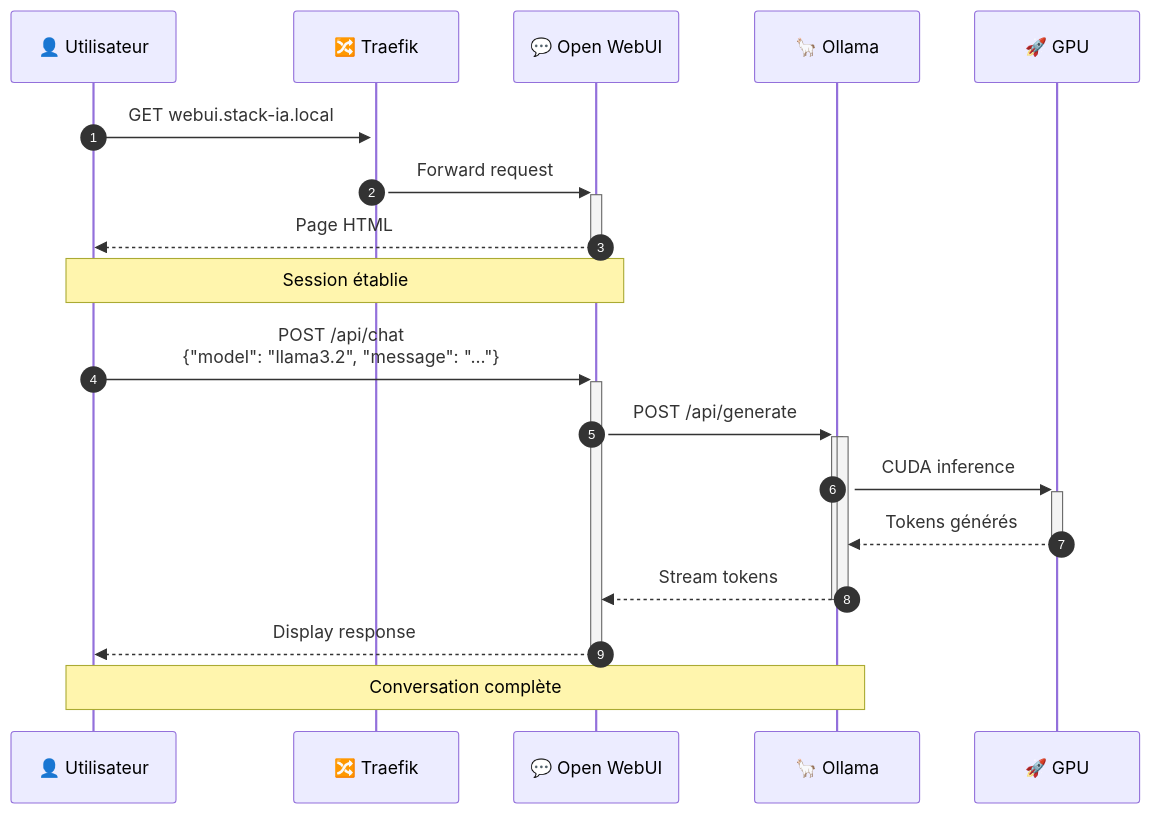
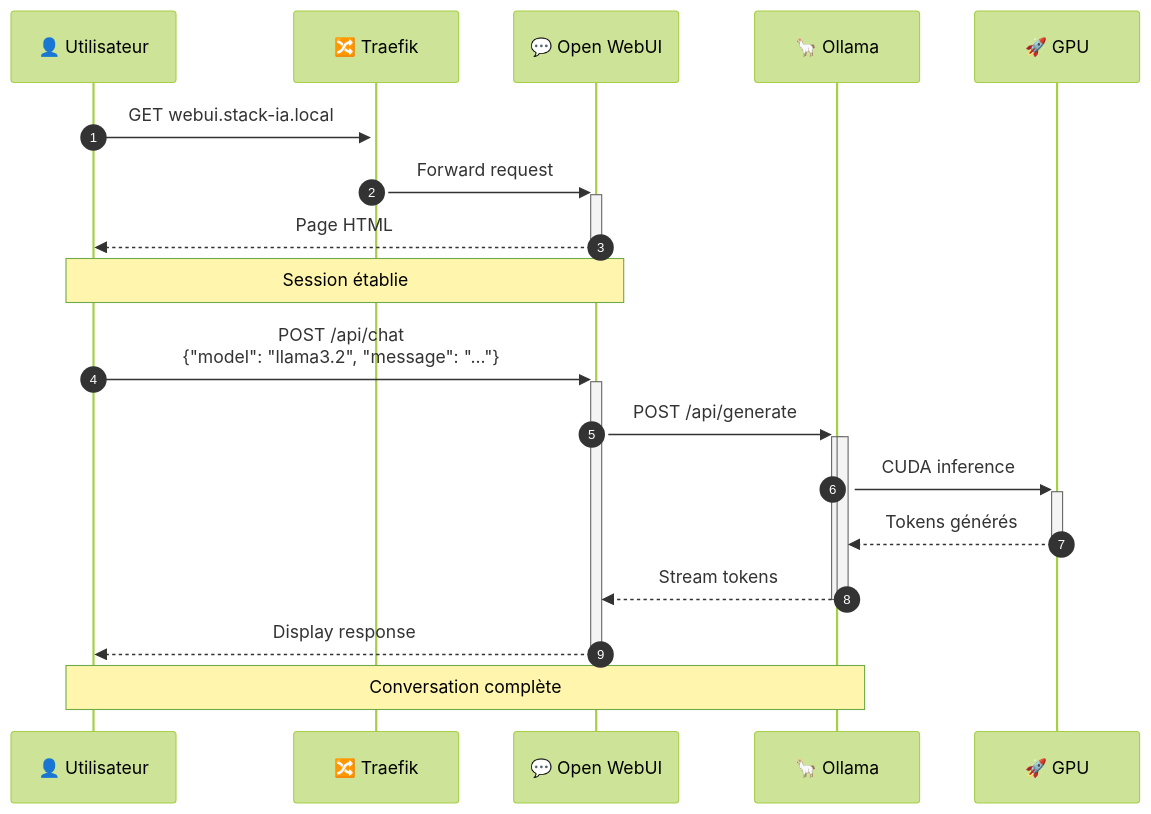
Before and after one commit to MPFabio/Stack-IA: the seventh of 14 diagrams in docs/ARCHITECTURE.md, drawn with Mermaid. The commit also changed other lines of this file, not shown here.

First line of the commit message:
fix(docs): Thème forest pour visibilité mode sombre

````diff
--- a/docs/ARCHITECTURE.md
+++ b/docs/ARCHITECTURE.md
@@ -471,27 +471,27 @@
 ```mermaid
-%%{init: {'theme':'default'}}%%
+%%{init: {'theme':'forest'}}%%
 sequenceDiagram
     autonumber
     participant U as 👤 Utilisateur
     participant T as 🔀 Traefik
     participant W as 💬 Open WebUI
     participant O as 🦙 Ollama
     participant G as 🚀 GPU
     
     U->>+T: GET webui.stack-ia.local
     T->>+W: Forward request
     W-->>-U: Page HTML
     
     Note over U,W: Session établie
     
     U->>+W: POST /api/chat<br/>{"model": "llama3.2", "message": "..."}
     W->>+O: POST /api/generate
     activate O
     O->>+G: CUDA inference
     G-->>-O: Tokens générés
     O-->>-W: Stream tokens
     deactivate O
     W-->>-U: Display response
     
     Note over U,O: Conversation complète
 ```
````
